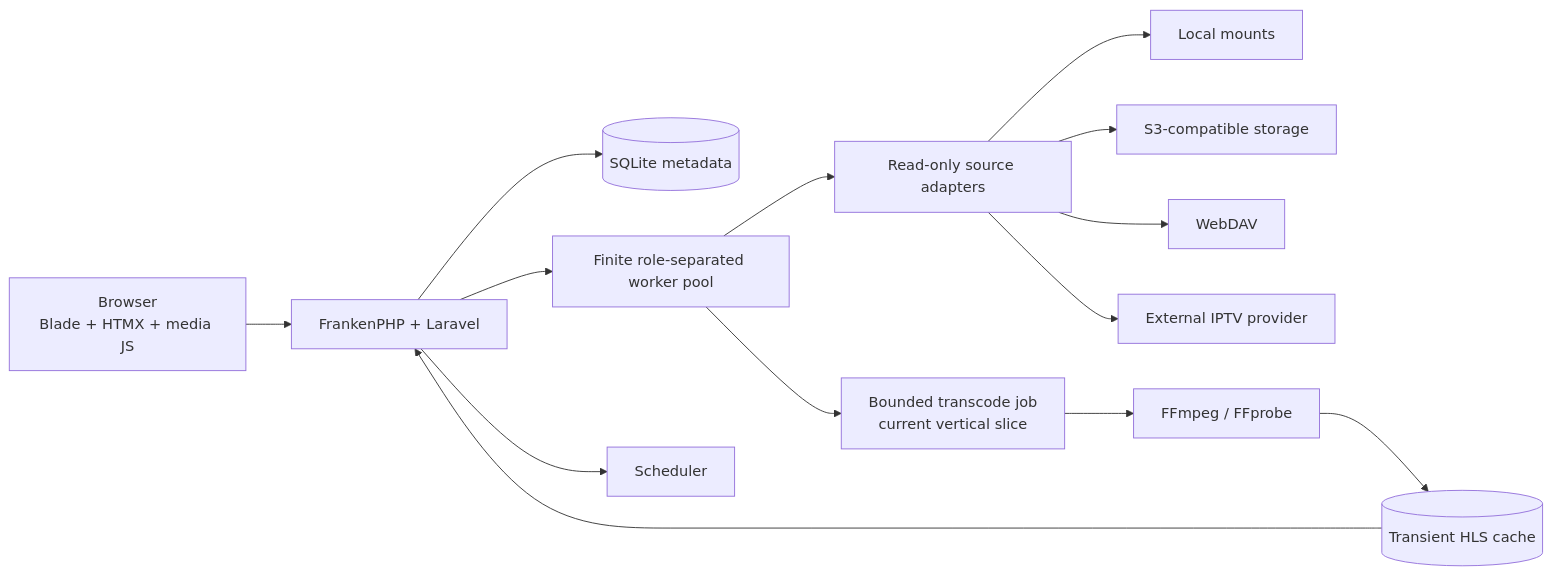
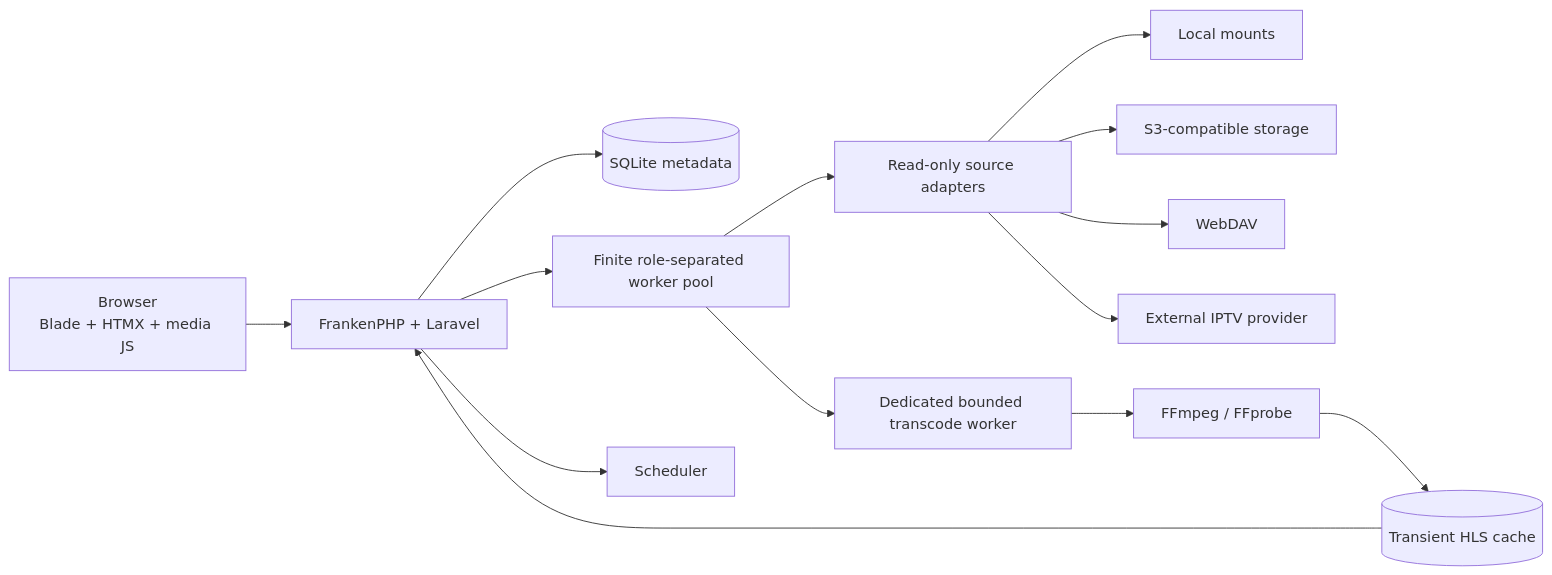
The diagram in docs/ARCHITECTURE.md (killer1loop/odissey), drawn with Mermaid before and after one commit. The commit also changed other lines of this file and 26 other files, not shown here.

````diff
--- a/docs/ARCHITECTURE.md
+++ b/docs/ARCHITECTURE.md
@@ -19,16 +19,16 @@
 ```mermaid
 flowchart LR
     B["Browser<br>Blade + HTMX + media JS"] --> W["FrankenPHP + Laravel"]
     W --> D[("SQLite metadata")]
     W --> Q["Finite role-separated worker pool"]
     W --> S["Scheduler"]
     Q --> A["Read-only source adapters"]
     A --> L["Local mounts"]
     A --> O["S3-compatible storage"]
     A --> V["WebDAV"]
     A --> I["External IPTV provider"]
-    Q --> M["Bounded transcode job<br>current vertical slice"]
+    Q --> M["Dedicated bounded transcode worker"]
     M --> F["FFmpeg / FFprobe"]
     F --> T[("Transient HLS cache")]
     T --> W
 ```
````
